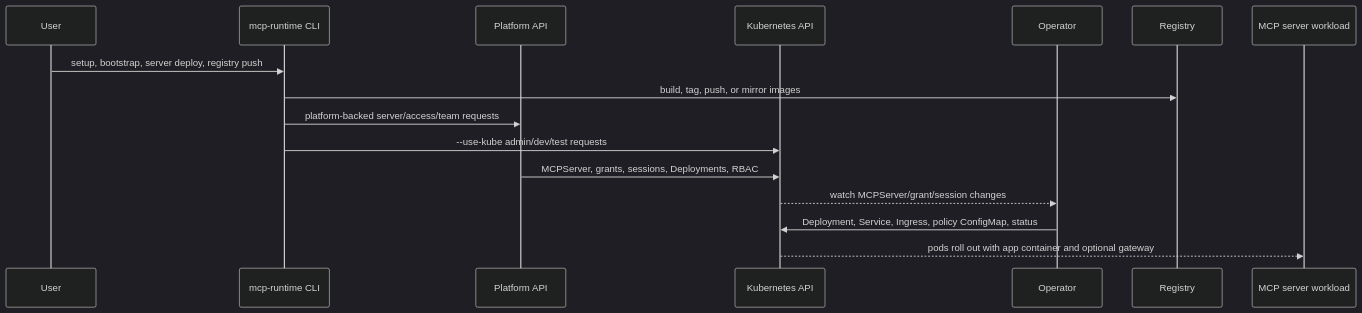
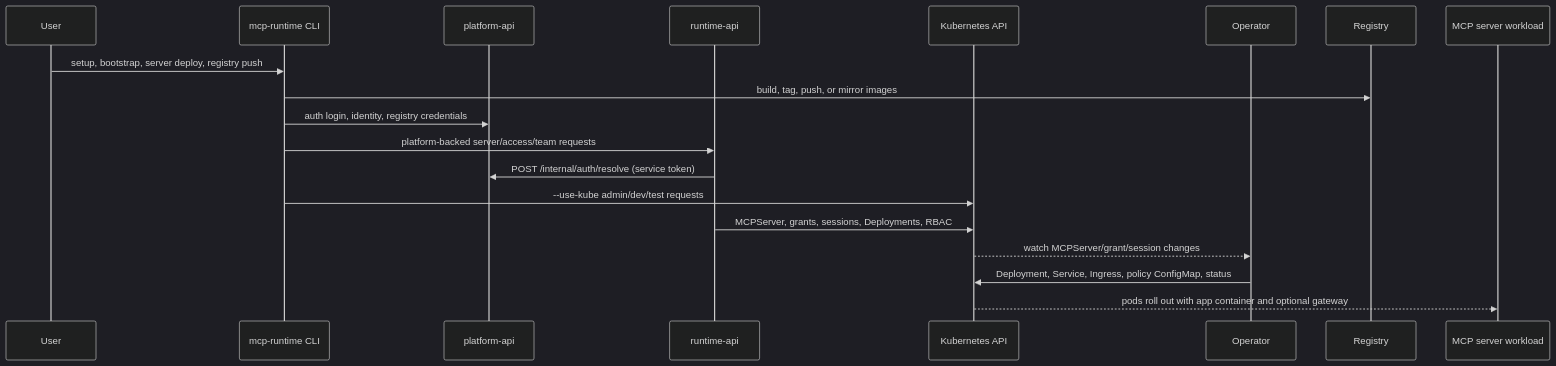
The second of 9 diagrams in docs/internals/request-flows.md (Agent-Hellboy/mcp-runtime), drawn with Mermaid (dark theme) before and after one commit. The commit also changed other lines of this file and 24 other files, not shown here.

First line of the commit message:
doc: sync docs with current CLI, API, and deployment behavior

````diff
--- a/docs/internals/request-flows.md
+++ b/docs/internals/request-flows.md
@@ -34,19 +36,22 @@
 ```mermaid
 sequenceDiagram
     participant User
     participant CLI as mcp-runtime CLI
-    participant API as Platform API
+    participant Platform as platform-api
+    participant API as runtime-api
     participant K8s as Kubernetes API
     participant Operator
     participant Registry
     participant Runtime as MCP server workload
 
     User->>CLI: setup, bootstrap, server deploy, registry push
     CLI->>Registry: build, tag, push, or mirror images
+    CLI->>Platform: auth login, identity, registry credentials
     CLI->>API: platform-backed server/access/team requests
+    API->>Platform: POST /internal/auth/resolve (service token)
     CLI->>K8s: --use-kube admin/dev/test requests
     API->>K8s: MCPServer, grants, sessions, Deployments, RBAC
     K8s-->>Operator: watch MCPServer/grant/session changes
     Operator->>K8s: Deployment, Service, Ingress, policy ConfigMap, status
     K8s-->>Runtime: pods roll out with app container and optional gateway
 ```
````
